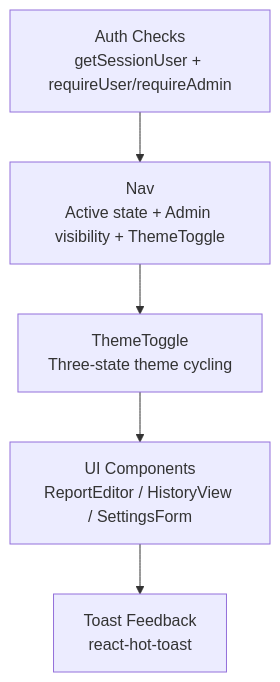
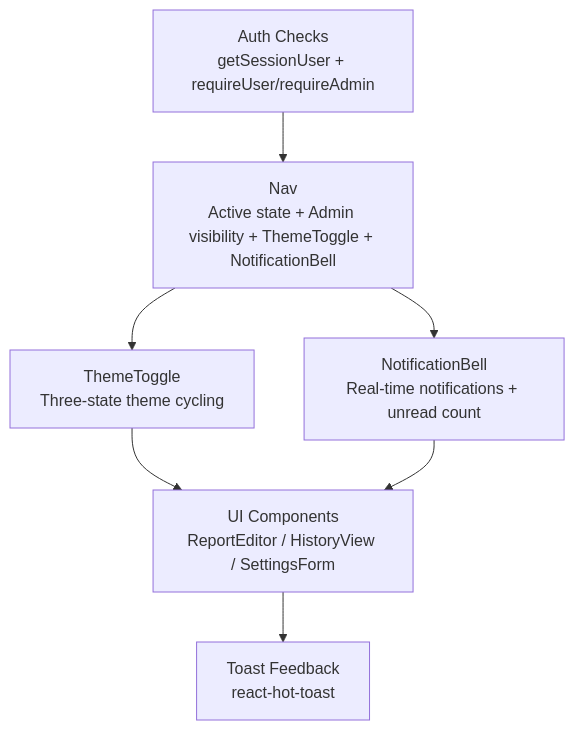
One commit to jrj444/git-daily changed the ninth of 10 diagrams in .qoder/repowiki/en/content/Frontend Components/Navigation and UI Elements.md. Above: the diagram before and after it, drawn with Mermaid. The commit also changed other lines of this file and 12 other files, not shown here.

````diff
--- a/.qoder/repowiki/en/content/Frontend Components/Navigation and UI Elements.md
+++ b/.qoder/repowiki/en/content/Frontend Components/Navigation and UI Elements.md
@@ -455,7 +572,9 @@
 ```mermaid
 graph TB
-AUTH["Auth Checks<br/>getSessionUser + requireUser/requireAdmin"] --> NAV["Nav<br/>Active state + Admin visibility + ThemeToggle"]
+AUTH["Auth Checks<br/>getSessionUser + requireUser/requireAdmin"] --> NAV["Nav<br/>Active state + Admin visibility + ThemeToggle + NotificationBell"]
 NAV --> THEME["ThemeToggle<br/>Three-state theme cycling"]
+NAV --> NOTIF["NotificationBell<br/>Real-time notifications + unread count"]
 THEME --> UI["UI Components<br/>ReportEditor / HistoryView / SettingsForm"]
+NOTIF --> UI
 UI --> FEEDBACK["Toast Feedback<br/>react-hot-toast"]
 ```
````
